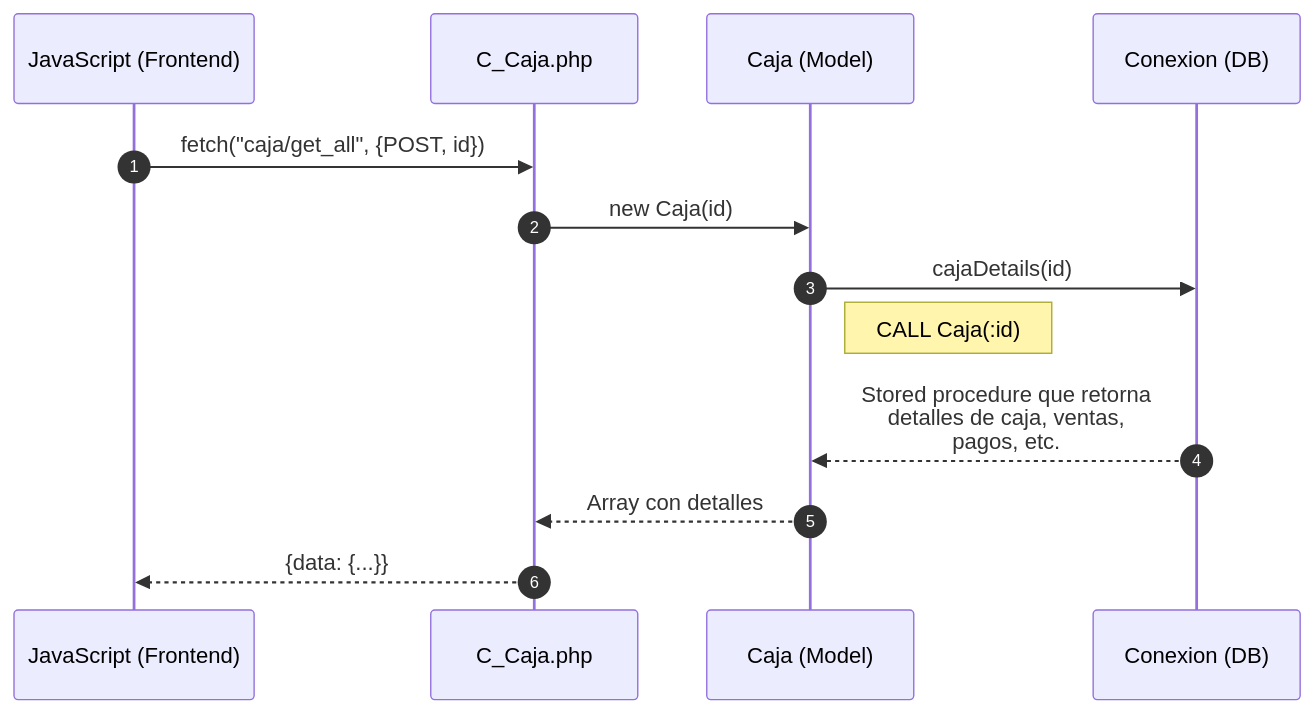
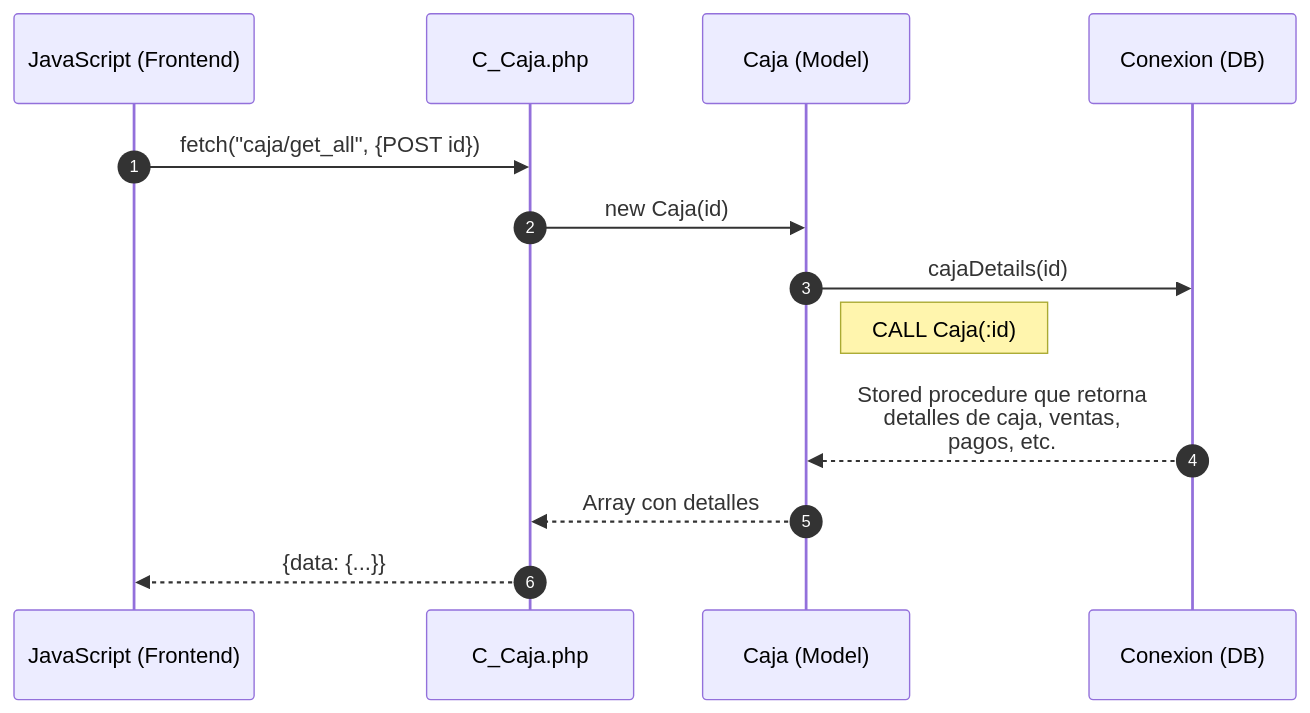
One commit to Tecrato/BurgerHouse changed the fifth of 5 diagrams in docs/secuencia/caja/caja.md. Above: the diagram before and after it, drawn with Mermaid. The commit also changed other lines of this file and 13 other files, not shown here.

Commit message:
diagramas de secuencia

````diff
--- a/docs/secuencia/caja/caja.md
+++ b/docs/secuencia/caja/caja.md
@@ -124,18 +119,18 @@
 ```mermaid
 sequenceDiagram
     autonumber
     participant JS as JavaScript (Frontend)
     participant C_Caja as C_Caja.php
     participant Caja as Caja (Model)
     participant DB as Conexion (DB)
     
-    JS->>C_Caja: fetch("caja/get_all", {POST, id})
+    JS->>C_Caja: fetch("caja/get_all", {POST id})
     
     C_Caja->>Caja: new Caja(id)
     Caja->>DB: cajaDetails(id)
     Note right of Caja: CALL Caja(:id)
     DB-->>Caja: Stored procedure que retorna<br/>detalles de caja, ventas,<br/>pagos, etc.
     Caja-->>C_Caja: Array con detalles
     
     C_Caja-->>JS: {data: {...}}
 ```
````
